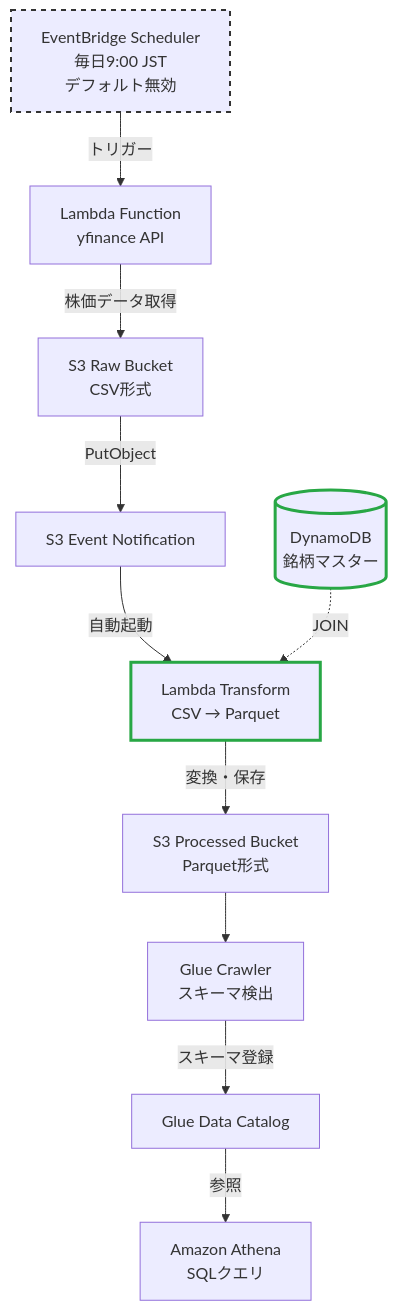
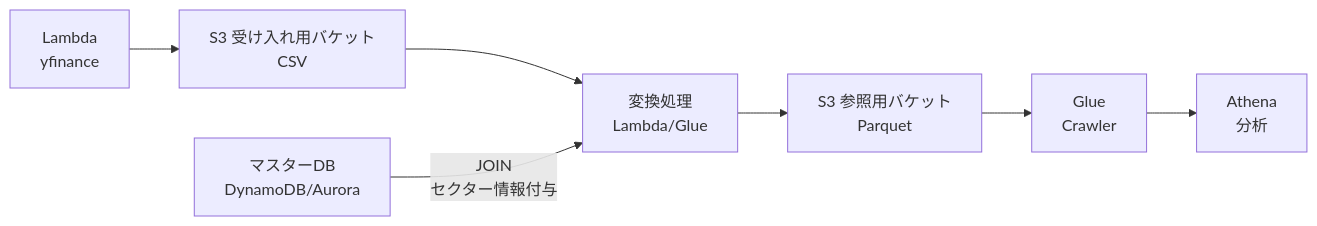
Before and after one commit to yamato-aoki/yfinance_aws_project: the diagram in README.md, drawn with Mermaid. The commit also changed other lines of this file, not shown here.

````diff
--- a/README.md
+++ b/README.md
@@ -61,27 +51,17 @@
 ```mermaid
-graph TB
-    Scheduler[EventBridge Scheduler<br/>毎日9:00 JST<br/>デフォルト無効]
-    Lambda[Lambda Function<br/>yfinance API]
-    S3Raw[S3 Raw Bucket<br/>CSV形式]
-    S3Event[S3 Event Notification]
-    LambdaTransform[Lambda Transform<br/>CSV → Parquet]
-    DynamoDB[(DynamoDB<br/>銘柄マスター)]
-    S3Processed[S3 Processed Bucket<br/>Parquet形式]
-    Crawler[Glue Crawler<br/>スキーマ検出]
-    Catalog[Glue Data Catalog]
-    Athena[Amazon Athena<br/>SQLクエリ]
+graph LR
+    Lambda[Lambda<br/>yfinance]
+    S3Raw[S3 受け入れ用バケット<br/>CSV]
+    Transform[変換処理<br/>Lambda/Glue]
+    Master[マスターDB<br/>DynamoDB/Aurora]
+    S3Processed[S3 参照用バケット<br/>Parquet]
+    Crawler[Glue<br/>Crawler]
+    Athena[Athena<br/>分析]
     
-    Scheduler -->|トリガー| Lambda
-    Lambda -->|株価データ取得| S3Raw
-    S3Raw -->|PutObject| S3Event
-    S3Event -->|自動起動| LambdaTransform
-    DynamoDB -.->|JOIN| LambdaTransform
-    LambdaTransform -->|変換・保存| S3Processed
+    Lambda --> S3Raw
+    S3Raw --> Transform
+    Master -->|JOIN<br/>セクター情報付与| Transform
+    Transform --> S3Processed
     S3Processed --> Crawler
-    Crawler -->|スキーマ登録| Catalog
-    Catalog -->|参照| Athena
-    
-    style DynamoDB stroke:#28a745,stroke-width:3px
-    style LambdaTransform stroke:#28a745,stroke-width:3px
-    style Scheduler stroke:#333,stroke-width:2px,stroke-dasharray: 5 5
+    Crawler --> Athena
 ```
````
